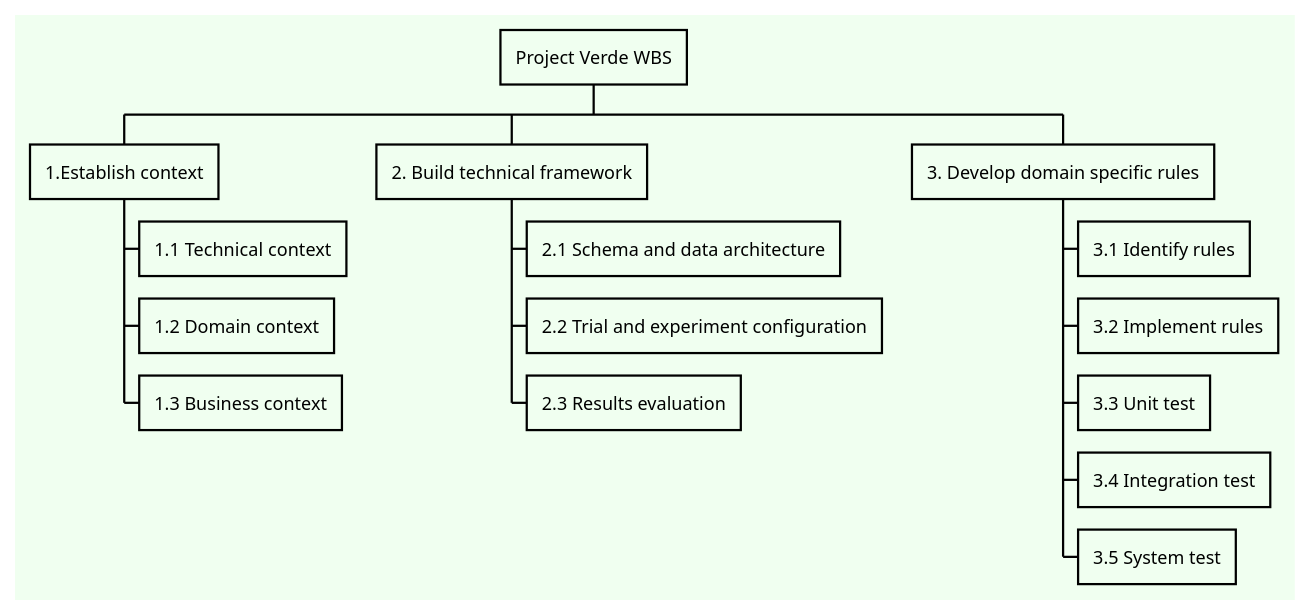
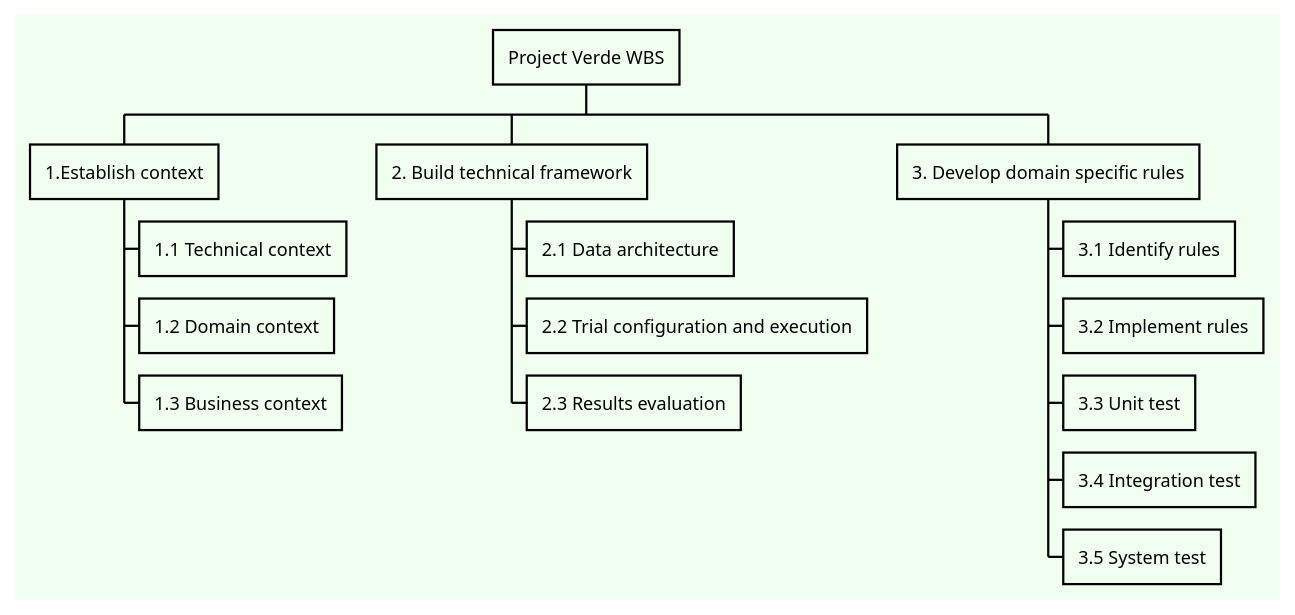
Before and after one commit to trubens71/verde: the diagram in docs/uml/project_wbs.puml, drawn with PlantUML. The commit also changed 5 other files, not shown here.

Commit message:
all uml stuff

```diff
--- a/docs/uml/project_wbs.puml
+++ b/docs/uml/project_wbs.puml
@@ -1,28 +1,28 @@
 @startwbs
 
 <style>
 wbsDiagram {
     Linecolor black
     BackgroundColor #honeydew
 }
 </style>
 * Project Verde WBS
 
 ** 1.Establish context
 *** 1.1 Technical context
 *** 1.2 Domain context
 *** 1.3 Business context
 
 ** 2. Build technical framework
-*** 2.1 Schema and data architecture
-*** 2.2 Trial and experiment configuration
+*** 2.1 Data architecture
+*** 2.2 Trial configuration and execution
 *** 2.3 Results evaluation
 
 ** 3. Develop domain specific rules
 *** 3.1 Identify rules
 *** 3.2 Implement rules
 *** 3.3 Unit test
 *** 3.4 Integration test
 *** 3.5 System test
 
 @endwbs
```
